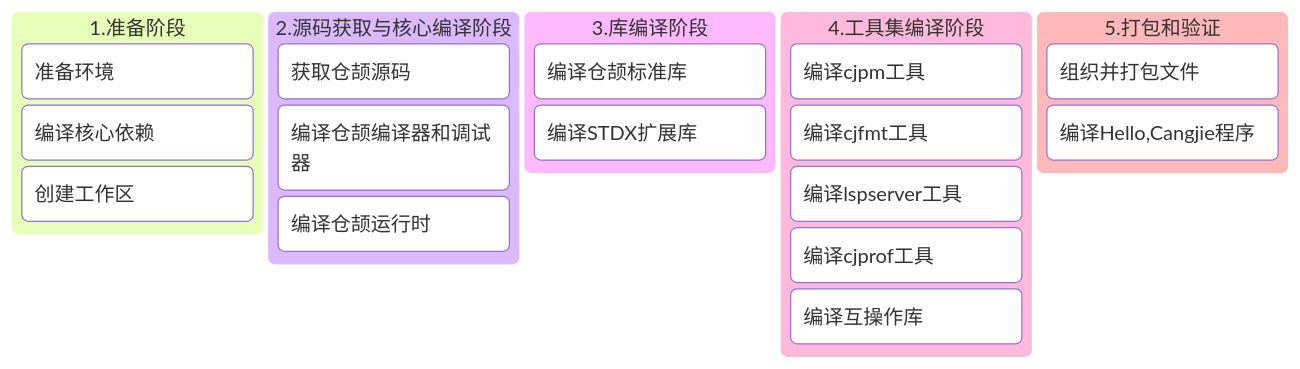
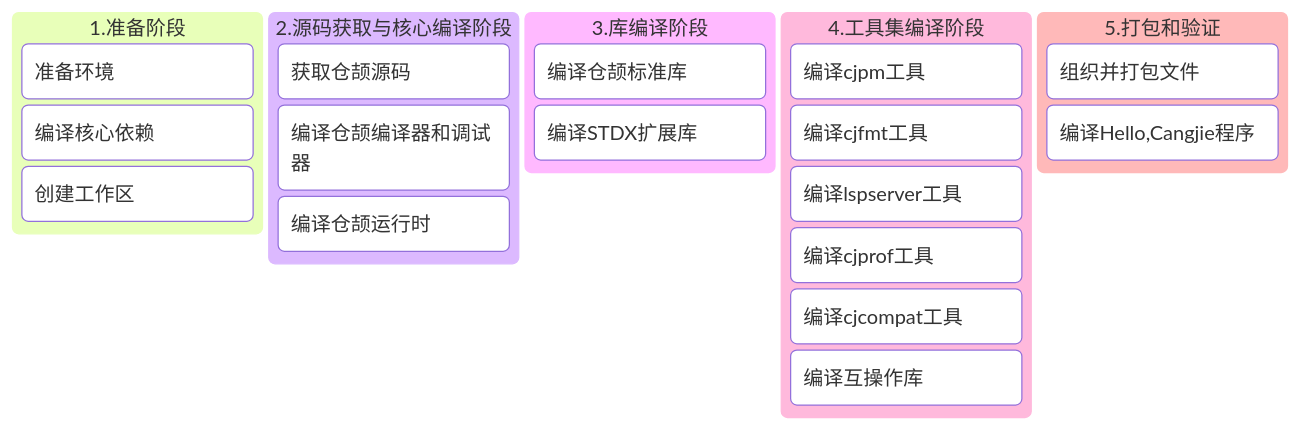
The diagram in docs/linux_cross_ohos.md (causerp/cangjie_build), drawn with Mermaid before and after one commit. The commit also changed other lines of this file and 21 other files, not shown here.

````diff
--- a/docs/linux_cross_ohos.md
+++ b/docs/linux_cross_ohos.md
@@ -9,23 +9,24 @@
 ```mermaid
 kanban
   1.准备阶段
     A[准备环境]
     B[编译核心依赖]
     C[创建工作区]
   2.源码获取与核心编译阶段
     D[获取仓颉源码]
     E[编译仓颉编译器和调试器]
     F[编译仓颉运行时]
   3.库编译阶段
     G[编译仓颉标准库]
     H[编译STDX扩展库]
   4.工具集编译阶段
     I[编译cjpm工具]
     J[编译cjfmt工具]
     O[编译lspserver工具]
     P[编译cjprof工具]
-    Q[编译互操作库]
+    Q[编译cjcompat工具]
+    R[编译互操作库]
   5.打包和验证
-    R[组织并打包文件]
-    S[编译Hello,Cangjie程序]
+    S[组织并打包文件]
+    T[编译Hello,Cangjie程序]
 ```
````
